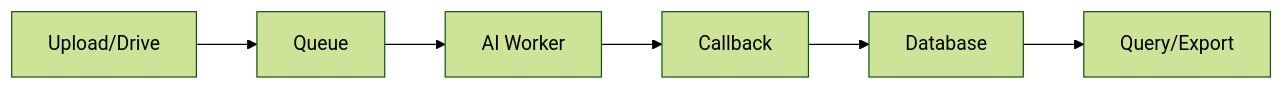
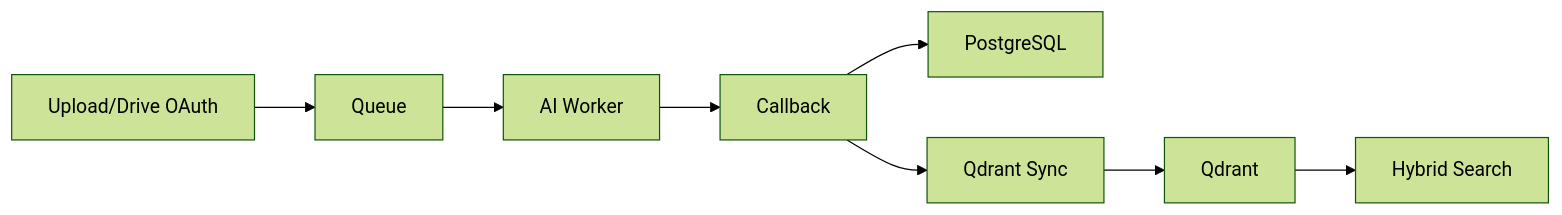
The first of 5 diagrams in docs/data-flow.md (namtroi/RAGBase), drawn with Mermaid (forest theme) before and after one commit. The commit also changed other lines of this file and 6 other files, not shown here.

````diff
--- a/docs/data-flow.md
+++ b/docs/data-flow.md
@@ -9,8 +9,10 @@
 ```mermaid
 graph LR
-    A[Upload/Drive] --> B[Queue]
+    A[Upload/Drive OAuth] --> B[Queue]
     B --> C[AI Worker]
     C --> D[Callback]
-    D --> E[Database]
-    E --> F[Query/Export]
+    D --> E[PostgreSQL]
+    D --> F[Qdrant Sync]
+    F --> G[Qdrant]
+    G --> H[Hybrid Search]
 ```
````
